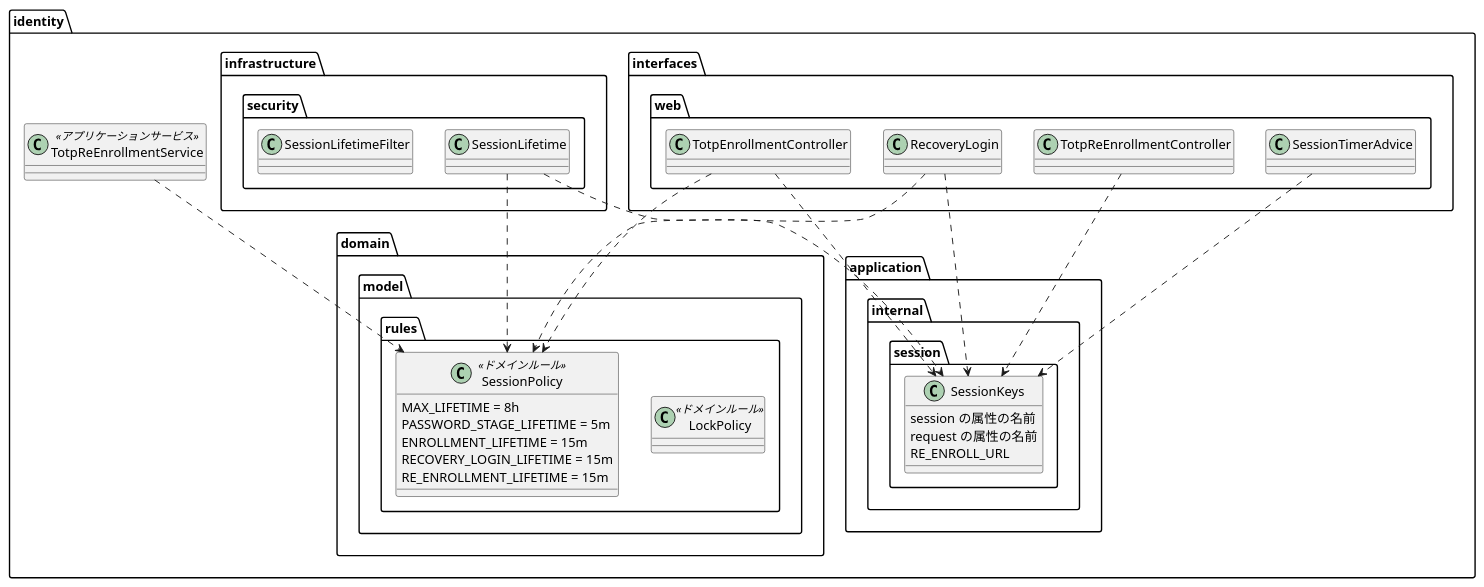
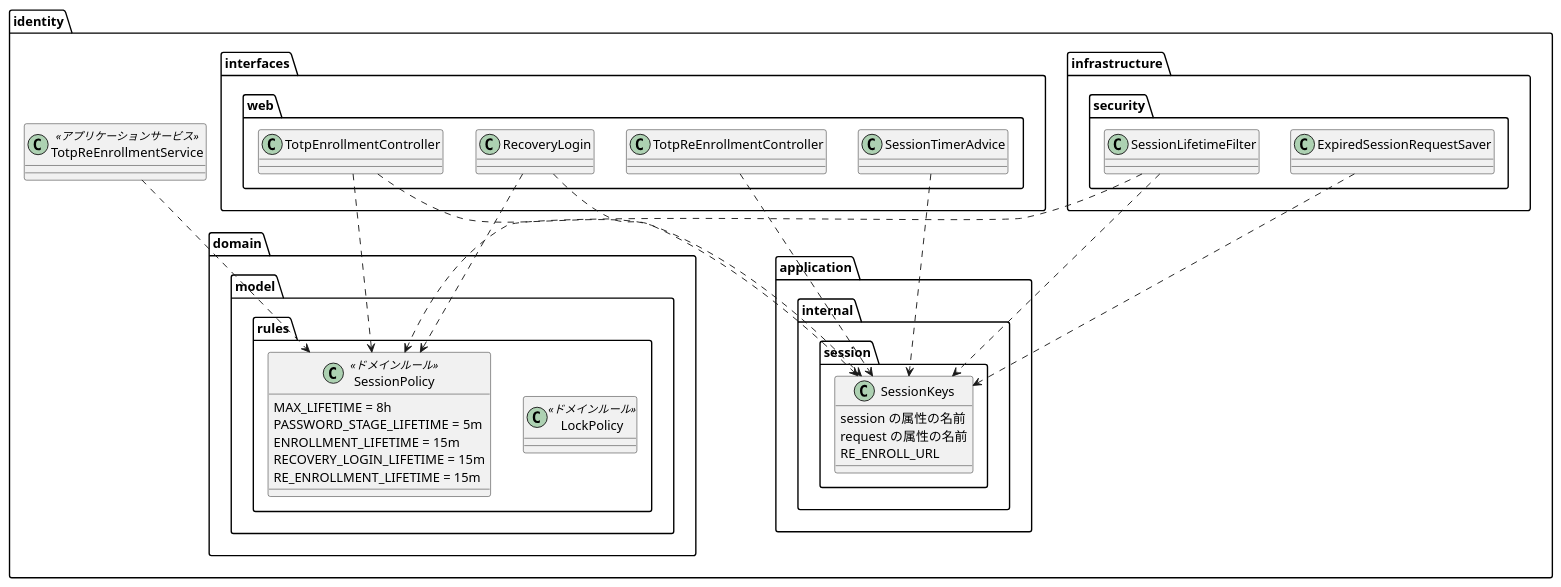
One commit to k2works/practical-domain-driven-design-in-enterpris-application changed the diagram in docs/development/cargo-tracker/bolt_33c_plan.md. Above: the diagram before and after it, drawn with PlantUML. The commit also changed other lines of this file and 3 other files, not shown here.

````diff
--- a/docs/development/cargo-tracker/bolt_33c_plan.md
+++ b/docs/development/cargo-tracker/bolt_33c_plan.md
@@ -70,43 +70,44 @@
 ```plantuml
 @startuml
 package "identity" {
   package "domain.model.rules" {
     class LockPolicy <<ドメインルール>>
     class SessionPolicy <<ドメインルール>> {
       MAX_LIFETIME = 8h
       PASSWORD_STAGE_LIFETIME = 5m
       ENROLLMENT_LIFETIME = 15m
       RECOVERY_LOGIN_LIFETIME = 15m
       RE_ENROLLMENT_LIFETIME = 15m
     }
   }
   package "application.internal.session" {
     class SessionKeys {
       session の属性の名前
       request の属性の名前
       RE_ENROLL_URL
     }
   }
   package "infrastructure.security" {
-    class SessionLifetime
     class SessionLifetimeFilter
+    class ExpiredSessionRequestSaver
   }
   package "interfaces.web" {
     class SessionTimerAdvice
     class TotpEnrollmentController
     class RecoveryLogin
     class TotpReEnrollmentController
   }
-  SessionLifetime ..> SessionKeys
-  SessionLifetime ..> SessionPolicy
+  SessionLifetimeFilter ..> SessionKeys
+  SessionLifetimeFilter ..> SessionPolicy
+  ExpiredSessionRequestSaver ..> SessionKeys
   class TotpReEnrollmentService <<アプリケーションサービス>>
   TotpReEnrollmentService ..> SessionPolicy
   TotpEnrollmentController ..> SessionPolicy
   SessionTimerAdvice ..> SessionKeys
   TotpEnrollmentController ..> SessionKeys
   RecoveryLogin ..> SessionKeys
   RecoveryLogin ..> SessionPolicy
   TotpReEnrollmentController ..> SessionKeys
 }
 @enduml
 ```
````
